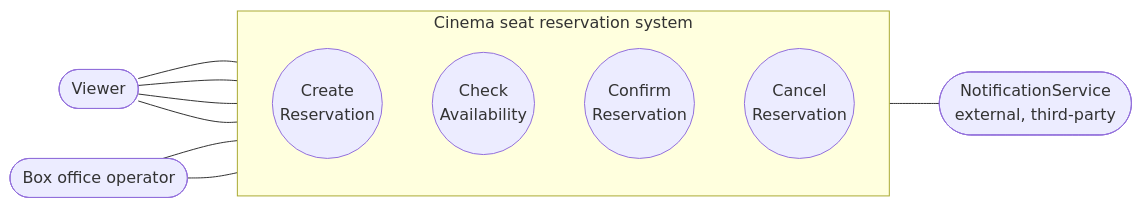
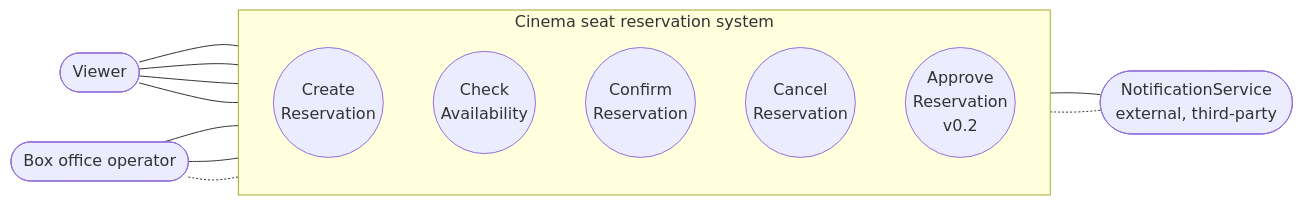
One commit to SerpentSide/SWI_Projekt changed the first of 7 diagrams in docs/diagrams.md. Above: the diagram before and after it, drawn with Mermaid. The commit also changed other lines of this file and 5 other files, not shown here.

First line of the commit message:
C02: baseline v0.2 - approval before confirmation (spec, impact analysis, diagrams)

````diff
--- a/docs/diagrams.md
+++ b/docs/diagrams.md
@@ -26,22 +31,25 @@
 ```mermaid
 flowchart LR
     viewer([Viewer])
     operator([Box office operator])
     notif([NotificationService<br/>external, third-party])
 
     subgraph system [Cinema seat reservation system]
         direction TB
         create((Create<br/>Reservation))
         avail((Check<br/>Availability))
         confirm((Confirm<br/>Reservation))
         cancel((Cancel<br/>Reservation))
+        approve((Approve<br/>Reservation<br/>v0.2))
     end
 
     viewer --- create
     viewer --- avail
     viewer --- confirm
     viewer --- cancel
     operator --- avail
     operator --- cancel
+    operator -.- approve
     confirm --- notif
+    approve -.- notif
 ```
````
